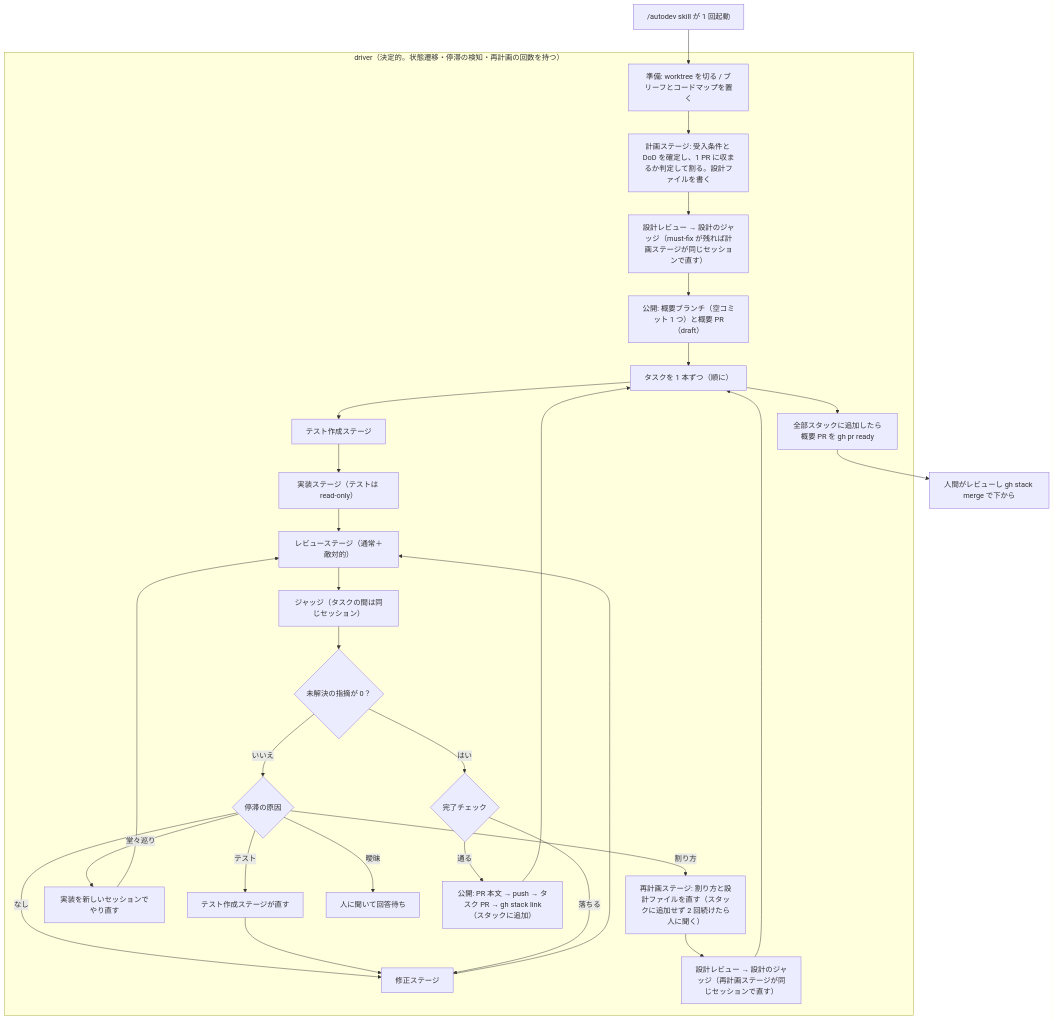
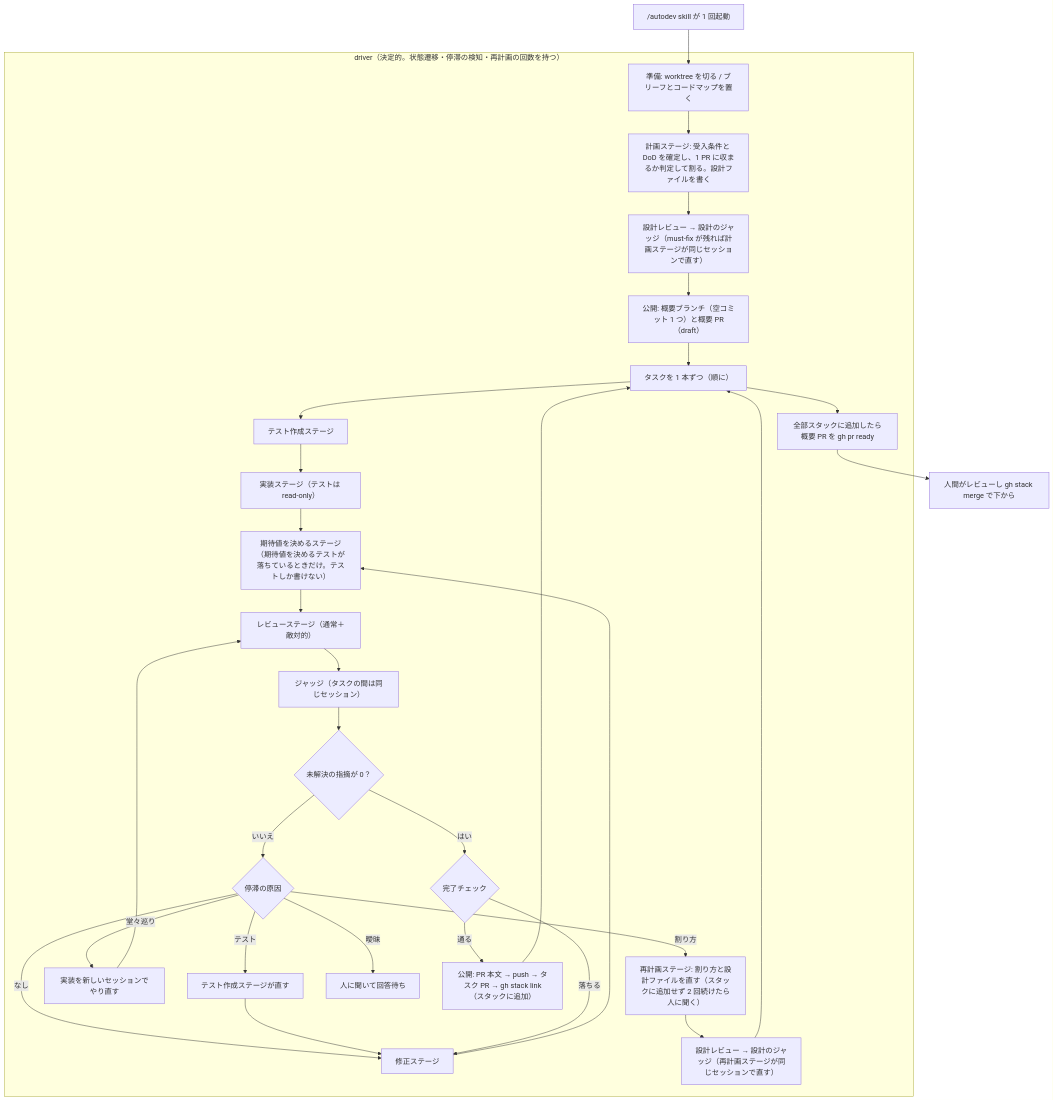
Before and after one commit to Luna-rab/dotfiles: the diagram in dist/dot-claude/skills/autodev/DESIGN.md, drawn with Mermaid. The commit also changed other lines of this file and 18 other files, not shown here.

````diff
--- a/dist/dot-claude/skills/autodev/DESIGN.md
+++ b/dist/dot-claude/skills/autodev/DESIGN.md
@@ -81,27 +81,28 @@
 ```mermaid
 flowchart TD
     start["/autodev skill が 1 回起動"] --> pre
     subgraph driver["driver（決定的。状態遷移・停滞の検知・再計画の回数を持つ）"]
         pre["準備: worktree を切る / ブリーフとコードマップを置く"] --> plan
         plan["計画ステージ: 受入条件と DoD を確定し、1 PR に収まるか判定して割る。設計ファイルを書く"] --> dr
         dr["設計レビュー → 設計のジャッジ（must-fix が残れば計画ステージが同じセッションで直す）"] --> base
         base["公開: 概要ブランチ（空コミット 1 つ）と概要 PR（draft）"] --> loop
         loop["タスクを 1 本ずつ（順に）"] --> tg
         tg["テスト作成ステージ"] --> impl
-        impl["実装ステージ（テストは read-only）"] --> rv
+        impl["実装ステージ（テストは read-only）"] --> ex
+        ex["期待値を決めるステージ（期待値を決めるテストが落ちているときだけ。テストしか書けない）"] --> rv
         rv["レビューステージ（通常＋敵対的）"] --> jd
         jd["ジャッジ（タスクの間は同じセッション）"] --> decide{"未解決の指摘が 0？"}
         decide -->|いいえ| route{"停滞の原因"}
-        route -->|なし| fix["修正ステージ"] --> rv
+        route -->|なし| fix["修正ステージ"] --> ex
         route -->|テスト| tg2["テスト作成ステージが直す"] --> fix
         route -->|堂々巡り| redo["実装を新しいセッションでやり直す"] --> rv
         route -->|割り方| replan["再計画ステージ: 割り方と設計ファイルを直す（スタックに追加せず 2 回続けたら人に聞く）"] --> dr2
         dr2["設計レビュー → 設計のジャッジ（再計画ステージが同じセッションで直す）"] --> loop
         route -->|曖昧| ask["人に聞いて回答待ち"]
         decide -->|はい| gateq{"完了チェック"}
         gateq -->|通る| post["公開: PR 本文 → push → タスク PR → gh stack link（スタックに追加）"] --> loop
         gateq -->|落ちる| fix
         loop --> done["全部スタックに追加したら概要 PR を gh pr ready"]
     end
     done --> human["人間がレビューし gh stack merge で下から"]
 ```
````
